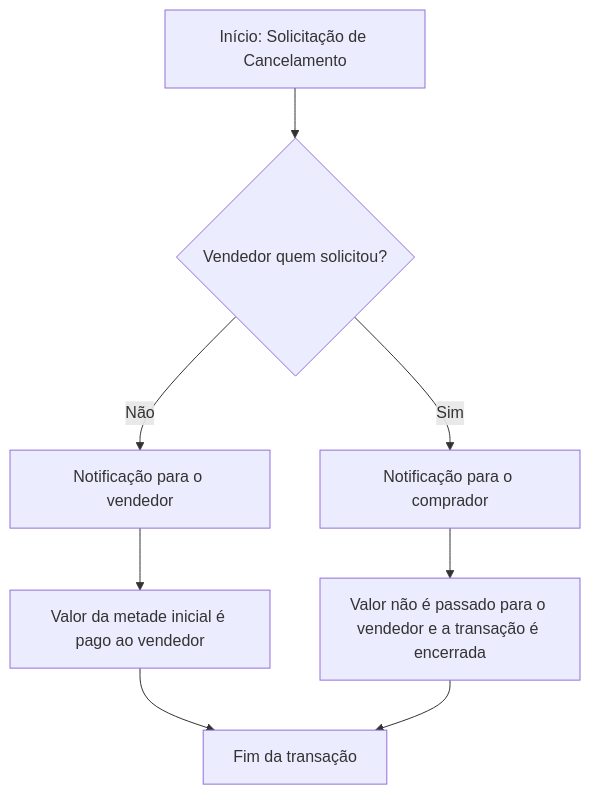
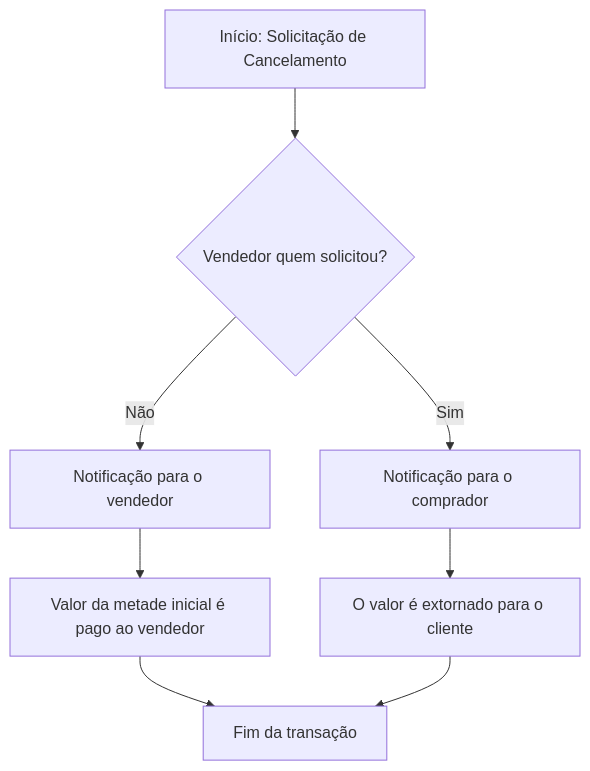
Before and after one commit to giovanni1351/EngenhariaDeSoftwareProjeto: the fifth of 6 diagrams in Lab/Lab1.md, drawn with Mermaid. The commit also changed other lines of this file, not shown here.

````diff
--- a/Lab/Lab1.md
+++ b/Lab/Lab1.md
@@ -127,11 +127,11 @@
 ```mermaid
 graph TD;
 
     A[Início: Solicitação de Cancelamento] --> B{Vendedor quem solicitou?}
     B --> |Sim| C[Notificação para o comprador]
     B --> |Não| D[Notificação para o vendedor]
-    C --> E[Valor não é passado para o vendedor e a transação é encerrada]
+    C --> E[O valor é extornado para o cliente]
     D --> F[Valor da metade inicial é pago ao vendedor]
     F --> Final[Fim da transação]
     E --> Final
 ```
````
